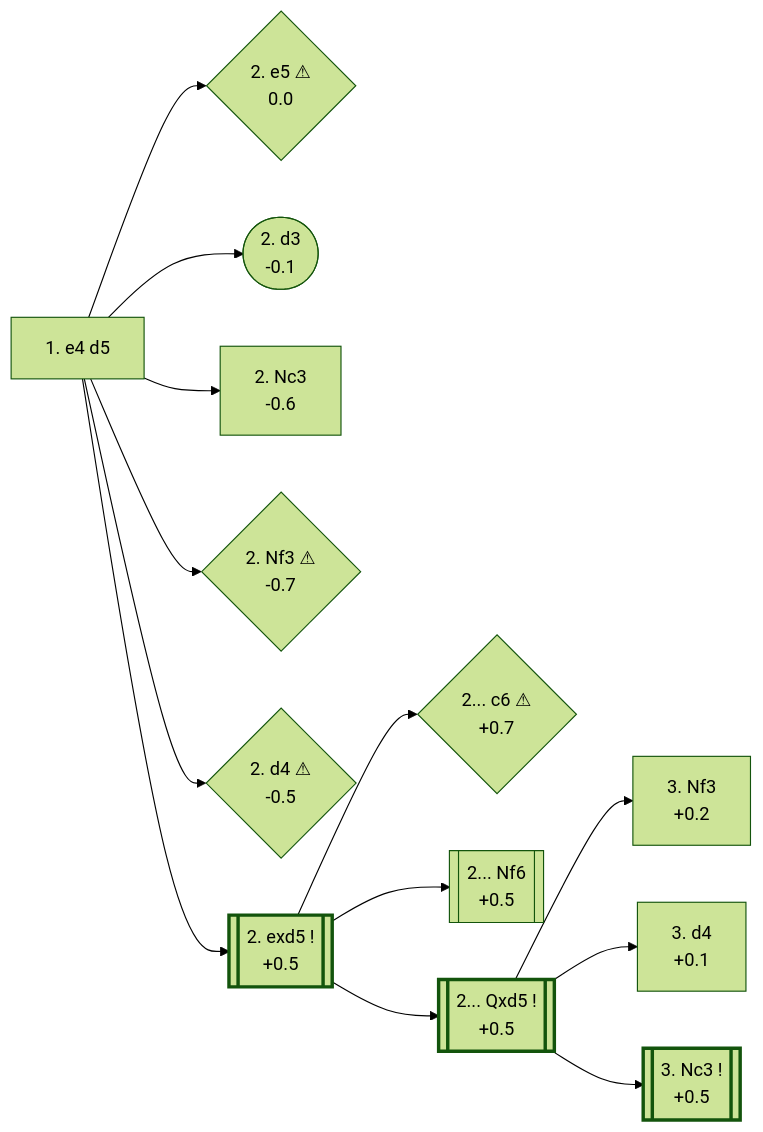
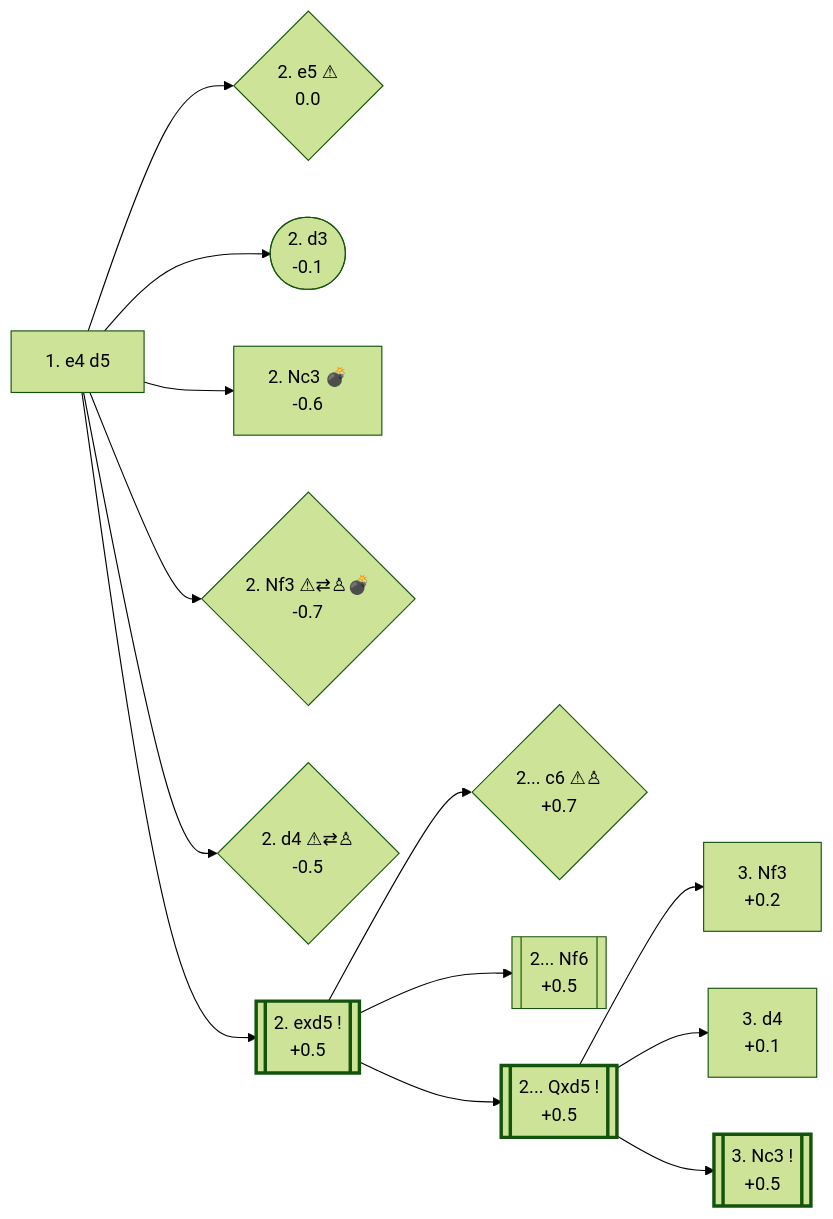
Before and after one commit to onclemarcel/chess_flashcards: the diagram in e4_openings/B01_1e4d5_Scandinavian.md, drawn with Mermaid (forest theme). The commit also changed other lines of this file and 13 other files, not shown here.

````diff
--- a/e4_openings/B01_1e4d5_Scandinavian.md
+++ b/e4_openings/B01_1e4d5_Scandinavian.md
@@ -12,34 +12,34 @@
 ```mermaid
 flowchart LR
     classDef main stroke-width:3px;
 
     d5["1. e4 d5"]
     click d5 "#_d5_" "B01 · Scandinavian Defense"
 
     d5 --> e5{"2. e5 ⚠<br/>0.0"}
     click e5 "#_e5_" "B01 · Scandinavian Defense"
     d5 --> d3(["2. d3<br/>-0.1"])
     click d3 "#_d3_" "B01 · Scandinavian Defense"
-    d5 --> Nc3["2. Nc3<br/>-0.6"]
+    d5 --> Nc3["2. Nc3 💣<br/>-0.6"]
     click Nc3 "#_Nc3_" "B01 · Scandinavian Defense"
-    d5 --> Nf3{"2. Nf3 ⚠<br/>-0.7"}
+    d5 --> Nf3{"2. Nf3 ⚠⇄♙💣<br/>-0.7"}
     click Nf3 "https://github.com/onclemarcel/chess_flashcards/blob/main/gambits/Tennison/Tennison.md" "A06 · Zukertort Opening: Tennison Gambit"
-    d5 --> d4{"2. d4 ⚠<br/>-0.5"}
+    d5 --> d4{"2. d4 ⚠⇄♙<br/>-0.5"}
     click d4 "https://github.com/onclemarcel/chess_flashcards/blob/main/gambits/Blackmar-Diemer/Blackmar-Diemer.md" "D00 · Blackmar-Diemer Gambit"
     d5 --> exd5[["2. exd5 !<br/>+0.5"]]:::main
     click exd5 "#_exd5_" "B01 · Scandinavian Defense"
 
-    exd5 --> c6{"2... c6 ⚠<br/>+0.7"}
-    click c6 "https://github.com/onclemarcel/chess_flashcards/blob/main/e4_openings/e4_d5_exd5_c6_Blackburne_Kloosterboer.md" "B01 · Scandinavian Defense: Blackburne-Kloosterboer Gambit"
+    exd5 --> c6{"2... c6 ⚠♙<br/>+0.7"}
+    click c6 "https://github.com/onclemarcel/chess_flashcards/blob/main/e4_openings/B01_exd5_c6_Blackburne_Kloosterboer.md" "B01 · Scandinavian Defense: Blackburne-Kloosterboer Gambit"
     exd5 --> exNf6[["2... Nf6<br/>+0.5"]]
-    click exNf6 "https://github.com/onclemarcel/chess_flashcards/blob/main/e4_openings/e4_d5_exd5_Nf6_Modern.md" "B01 · Scandinavian Defense: Modern Variation"
+    click exNf6 "https://github.com/onclemarcel/chess_flashcards/blob/main/e4_openings/B01_exd5_Nf6_Modern.md" "B01 · Scandinavian Defense: Modern Variation"
     exd5 --> Qxd5[["2... Qxd5 !<br/>+0.5"]]:::main
     click Qxd5 "#_Qxd5_" "B01 · Scandinavian Defense: Mieses-Kotroc Variation"
 
     Qxd5 --> Nf3c["3. Nf3<br/>+0.2"]
     click Nf3c "#_Qxd5_alt_" "B01 · Scandinavian Defense: Mieses-Kotroc Variation"
     Qxd5 --> d4c["3. d4<br/>+0.1"]
     click d4c "#_Qxd5_alt_" "B01 · Scandinavian Defense: Mieses-Kotroc Variation"
     Qxd5 --> Nc3b[["3. Nc3 !<br/>+0.5"]]:::main
     click Nc3b "#_Qxd5_Nc3_" "B01 · Scandinavian Defense: Mieses-Kotroc Variation"
 ```
````
